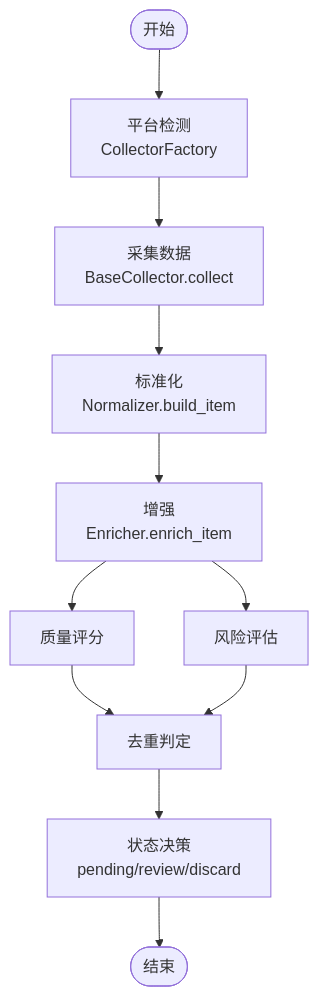
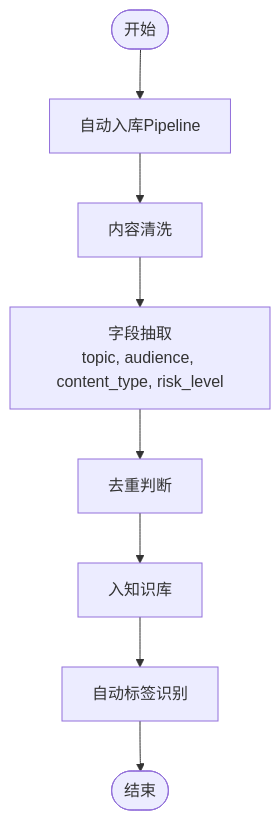
The fifth of 6 diagrams in .qoder/repowiki/zh/content/内容采集系统/内容采集系统.md (dream-ze/AI_huoke-), drawn with Mermaid before and after one commit. The commit also changed other lines of this file and 25 other files, not shown here.

````diff
--- a/.qoder/repowiki/zh/content/内容采集系统/内容采集系统.md
+++ b/.qoder/repowiki/zh/content/内容采集系统/内容采集系统.md
@@ -327,13 +316,10 @@
 ```mermaid
 flowchart TD
-Start(["开始"]) --> Detect["平台检测<br/>CollectorFactory"]
-Detect --> Collect["采集数据<br/>BaseCollector.collect"]
-Collect --> Normalize["标准化<br/>Normalizer.build_item"]
-Normalize --> Enrich["增强<br/>Enricher.enrich_item"]
-Enrich --> Quality["质量评分"]
-Enrich --> Risk["风险评估"]
-Quality --> Duplicate["去重判定"]
-Risk --> Duplicate
-Duplicate --> Status["状态决策<br/>pending/review/discard"]
-Status --> End(["结束"])
+Start(["开始"]) --> AutoPipeline["自动入库Pipeline"]
+AutoPipeline --> Clean["内容清洗"]
+Clean --> Extract["字段抽取<br/>topic, audience, content_type, risk_level"]
+Extract --> Dedup["去重判断"]
+Dedup --> Knowledge["入知识库"]
+Knowledge --> Tags["自动标签识别"]
+Tags --> End(["结束"])
 ```
````
